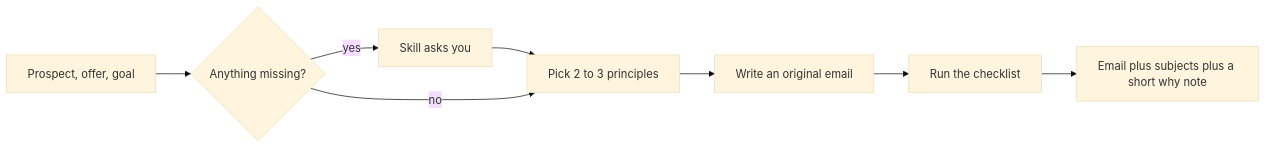
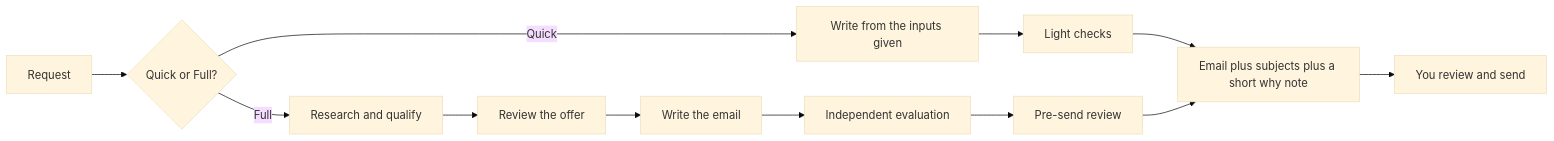
One commit to hamzamunyr/claude-cold-email-skill changed the first of 2 diagrams in README.md. Above: the diagram before and after it, drawn with Mermaid (base theme). The commit also changed other lines of this file and 44 other files, not shown here.

Commit message:
Upgrade skill to v1.1.0: Quick and Full modes, research and offer review, independent evaluation, reply handling, tests, archive of full checklist and low-use frameworks

````diff
--- a/README.md
+++ b/README.md
@@ -82,10 +84,14 @@
 ```mermaid
 flowchart LR
-    A[Prospect, offer, goal] --> B{Anything missing?}
-    B -- yes --> C[Skill asks you]
-    C --> D[Pick 2 to 3 principles]
-    B -- no --> D
-    D --> E[Write an original email]
-    E --> F[Run the checklist]
-    F --> G[Email plus subjects plus a short why note]
+    A[Request] --> M{Quick or Full?}
+    M -- Quick --> Q[Write from the inputs given]
+    Q --> L[Light checks]
+    M -- Full --> R[Research and qualify]
+    R --> O[Review the offer]
+    O --> G[Write the email]
+    G --> E[Independent evaluation]
+    E --> P[Pre-send review]
+    L --> D[Email plus subjects plus a short why note]
+    P --> D
+    D --> H[You review and send]
 ```
````
